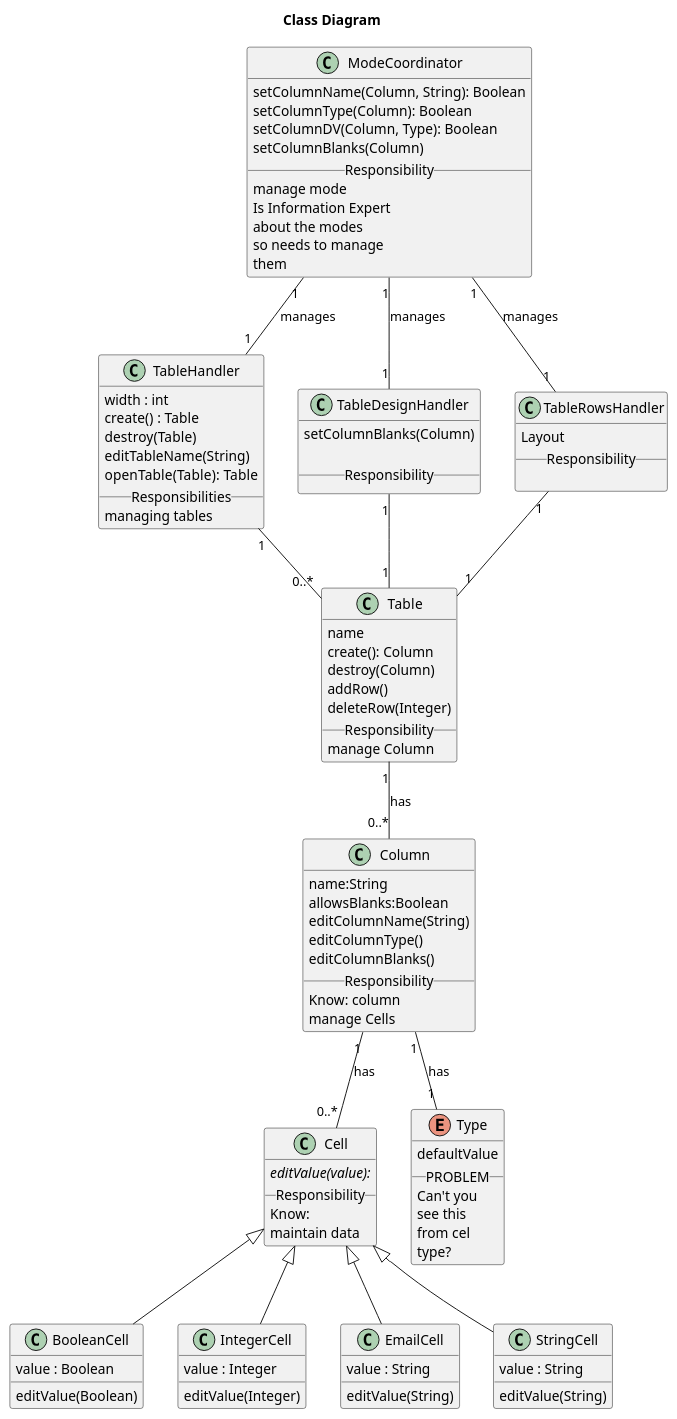
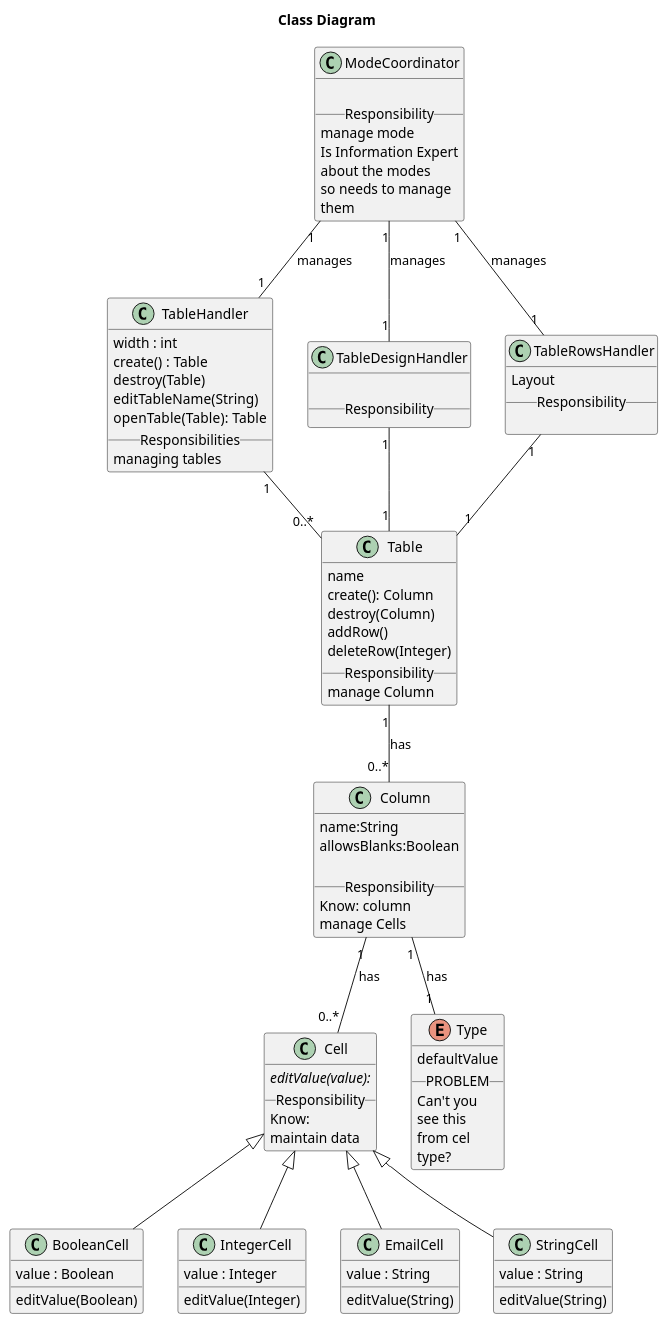
One commit to Bhamoss/softwareOntwerpProject changed the diagram in diagrams/classDiagrams/classDiagram.puml. Above: the diagram before and after it, drawn with PlantUML. The commit also changed 5 other files, not shown here.

Commit message:
correction of interactionDiagrams of edit column characteristics

```diff
--- a/diagrams/classDiagrams/classDiagram.puml
+++ b/diagrams/classDiagrams/classDiagram.puml
@@ -1,120 +1,114 @@
 @startuml
 title Class Diagram
 
 class ModeCoordinator
 {
-    setColumnName(Column, String): Boolean
-    setColumnType(Column): Boolean
-    setColumnDV(Column, Type): Boolean
-    setColumnBlanks(Column)
+
 __Responsibility__
 manage mode
 Is Information Expert
 about the modes
 so needs to manage
 them
 }
 
 ModeCoordinator "1" -- "1" TableHandler:  manages
 ModeCoordinator "1" -- "1" TableDesignHandler:  manages
 ModeCoordinator "1" -- "1" TableRowsHandler:  manages
 
 class TableHandler
 {
     width : int
     create() : Table
     destroy(Table)
     editTableName(String)
     openTable(Table): Table
     __Responsibilities__
     managing tables
 }
 TableHandler "1" -- "0..*" Table
 TableDesignHandler "1" -- "1" Table
 TableRowsHandler "1" -- "1" Table
 
 
 class TableDesignHandler
 {
-    setColumnBlanks(Column)
 
 __Responsibility__
 }
 
 class TableRowsHandler
 {
     Layout
 __Responsibility__
 
 }
 
 class Table{
     name
     create(): Column
     destroy(Column)
     addRow()
     deleteRow(Integer)
 __Responsibility__
 manage Column
 }
 
 
 
 class Cell
 {
 editValue(value): {abstract}
 __Responsibility__
 Know:
 maintain data
 }
 Cell <|-- BooleanCell
 Cell <|-- IntegerCell
 Cell <|-- EmailCell
 Cell <|-- StringCell
 
 class Column
 {
 name:String
 allowsBlanks:Boolean
-    editColumnName(String)
-    editColumnType()
-    editColumnBlanks()
+
 __Responsibility__
 Know: column
 manage Cells
 }
 Column "1" -- "1" Type: has
 Enum Type
 {
     defaultValue
     __PROBLEM__
     Can't you
     see this
     from cel
     type?
 }
 
 Table "1" -- "0..*" Column: has
 Column "1" -- "0..*" Cell: has
 
 class BooleanCell
 {
 value : Boolean
 editValue(Boolean)
 }
 class StringCell
 {
 value : String
 editValue(String)
 }
 class EmailCell
 {
 value : String
 editValue(String)
 }
 class IntegerCell
 {
 value : Integer
 editValue(Integer)
 }
 @enduml
```
